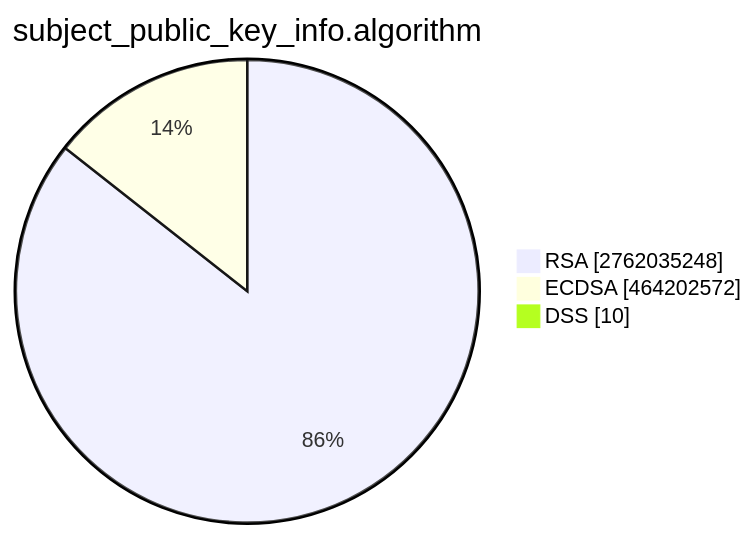
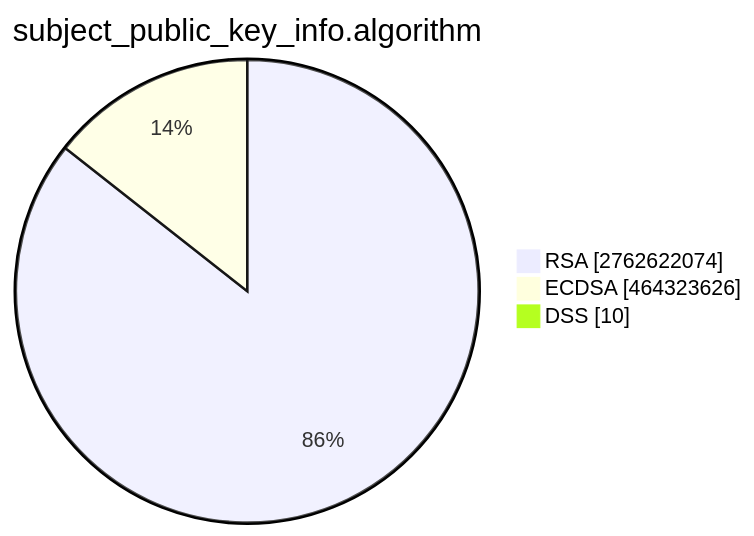
The second of 15 diagrams in TOTAL/README.md (christiankrug/ctmonitor_visualization), drawn with Mermaid before and after one commit. The commit also changed other lines of this file, not shown here.

````diff
--- a/TOTAL/README.md
+++ b/TOTAL/README.md
@@ -6,7 +6,7 @@
 ```mermaid
 pie showData
 title subject_public_key_info.algorithm
-"RSA" :2762035248
-"ECDSA" :464202572
+"RSA" :2762622074
+"ECDSA" :464323626
 "DSS" :10
 ```
````
